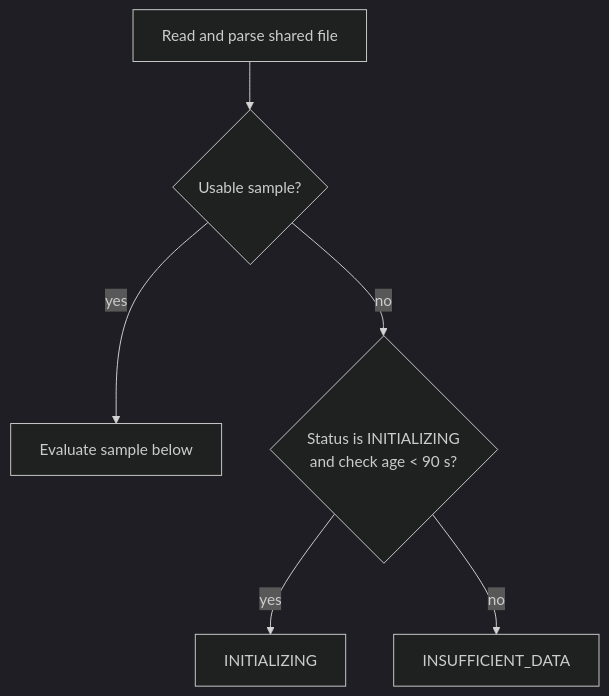
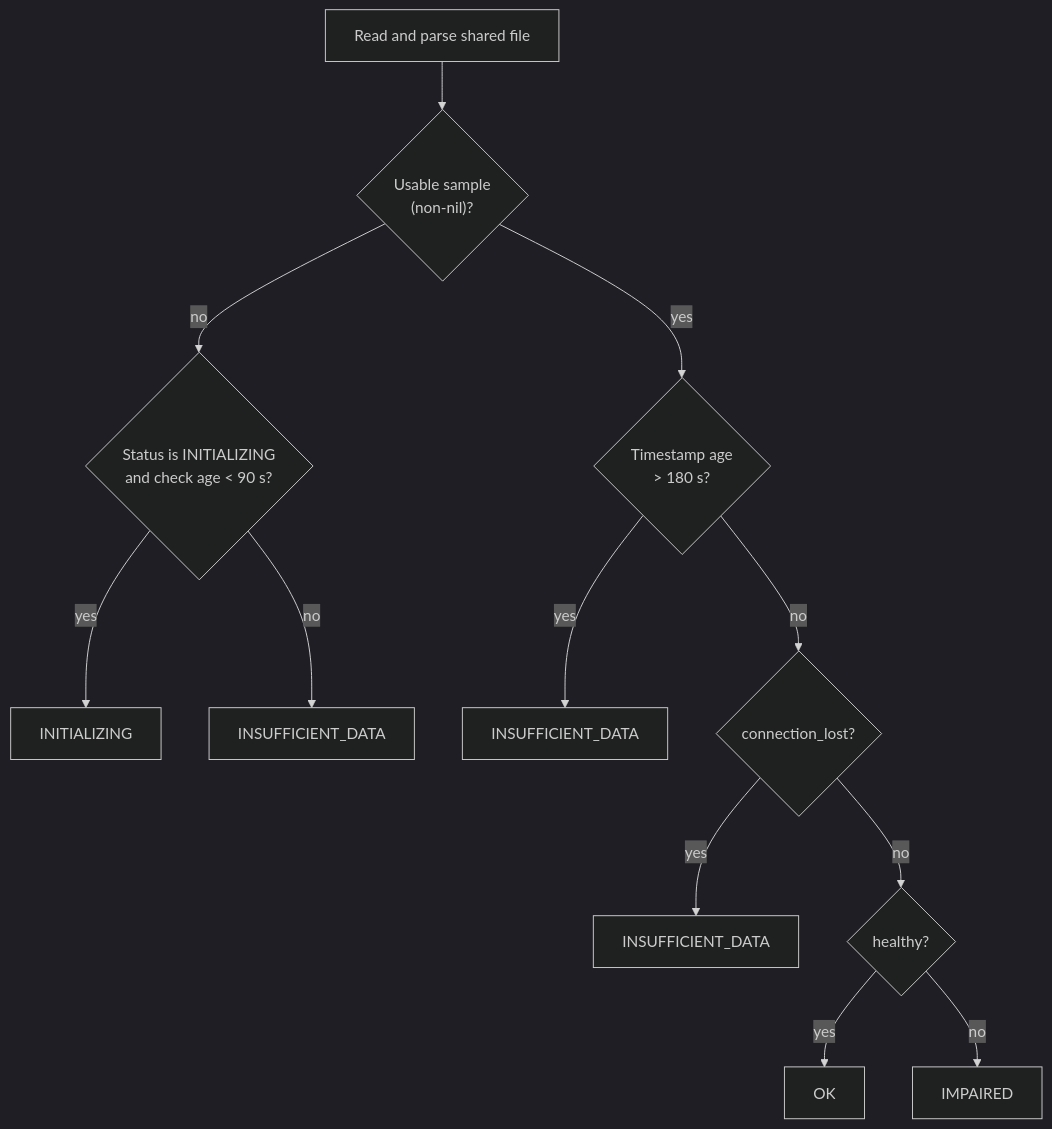
Before and after one commit to tessaSlice/amazon-ecs-agent: the fourth of 5 diagrams in agent/doctor/GPU_HEALTHCHECK.md, drawn with Mermaid (dark theme). The commit also changed other lines of this file and 1 other file, not shown here.

First line of the commit message:
fix: DCGM client reconnect cleanup and policy listener data race

````diff
--- a/agent/doctor/GPU_HEALTHCHECK.md
+++ b/agent/doctor/GPU_HEALTHCHECK.md
@@ -99,8 +96,14 @@
 ```mermaid
 flowchart TD
-    READ["Read and parse shared file"] --> USABLE{"Usable sample?"}
-    USABLE -->|"yes"| NEXT["Evaluate sample below"]
+    READ["Read and parse shared file"] --> USABLE{"Usable sample<br/>(non-nil)?"}
     USABLE -->|"no"| GRACE{"Status is INITIALIZING<br/>and check age < 90 s?"}
     GRACE -->|"yes"| INITIALIZING["INITIALIZING"]
-    GRACE -->|"no"| INSUFFICIENT["INSUFFICIENT_DATA"]
+    GRACE -->|"no"| INSUF1["INSUFFICIENT_DATA"]
+    USABLE -->|"yes"| STALE{"Timestamp age<br/>> 180 s?"}
+    STALE -->|"yes"| INSUF2["INSUFFICIENT_DATA"]
+    STALE -->|"no"| LOST{"connection_lost?"}
+    LOST -->|"yes"| INSUF3["INSUFFICIENT_DATA"]
+    LOST -->|"no"| HEALTHY{"healthy?"}
+    HEALTHY -->|"yes"| OK["OK"]
+    HEALTHY -->|"no"| IMPAIRED["IMPAIRED"]
 ```
````
